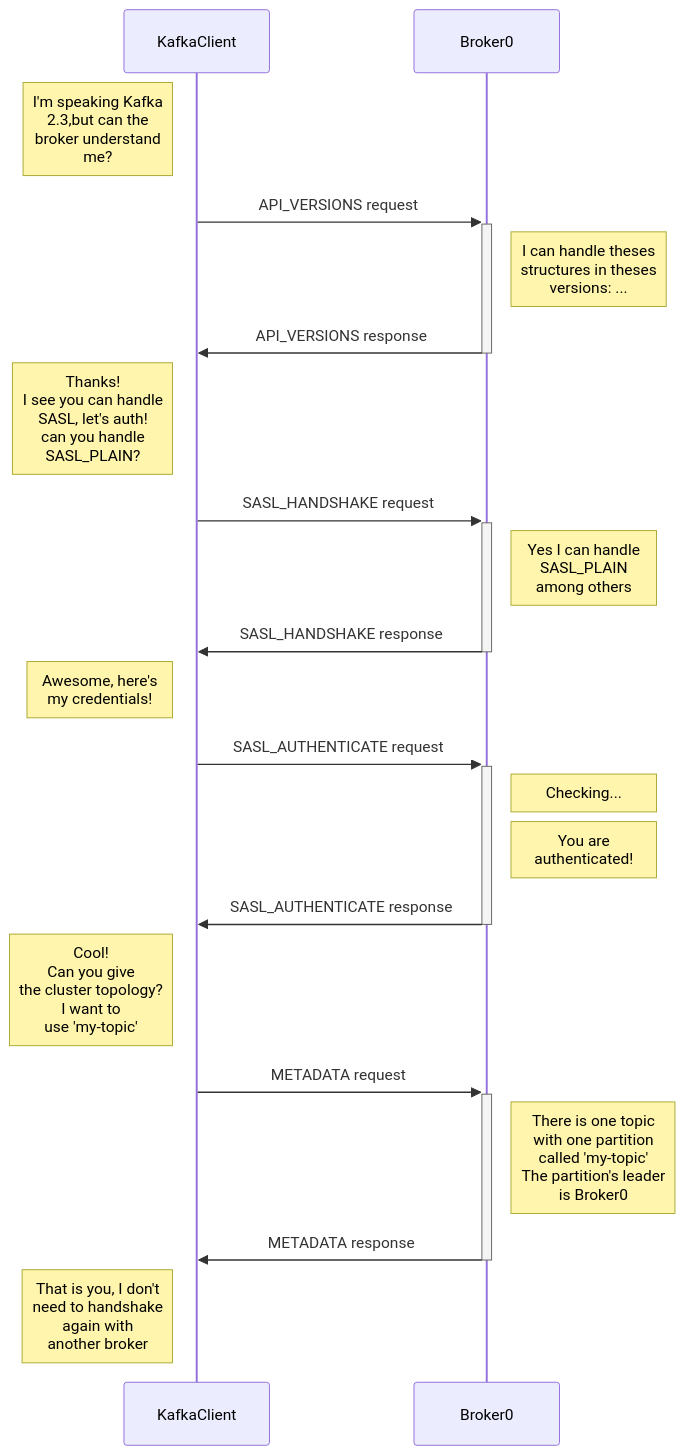
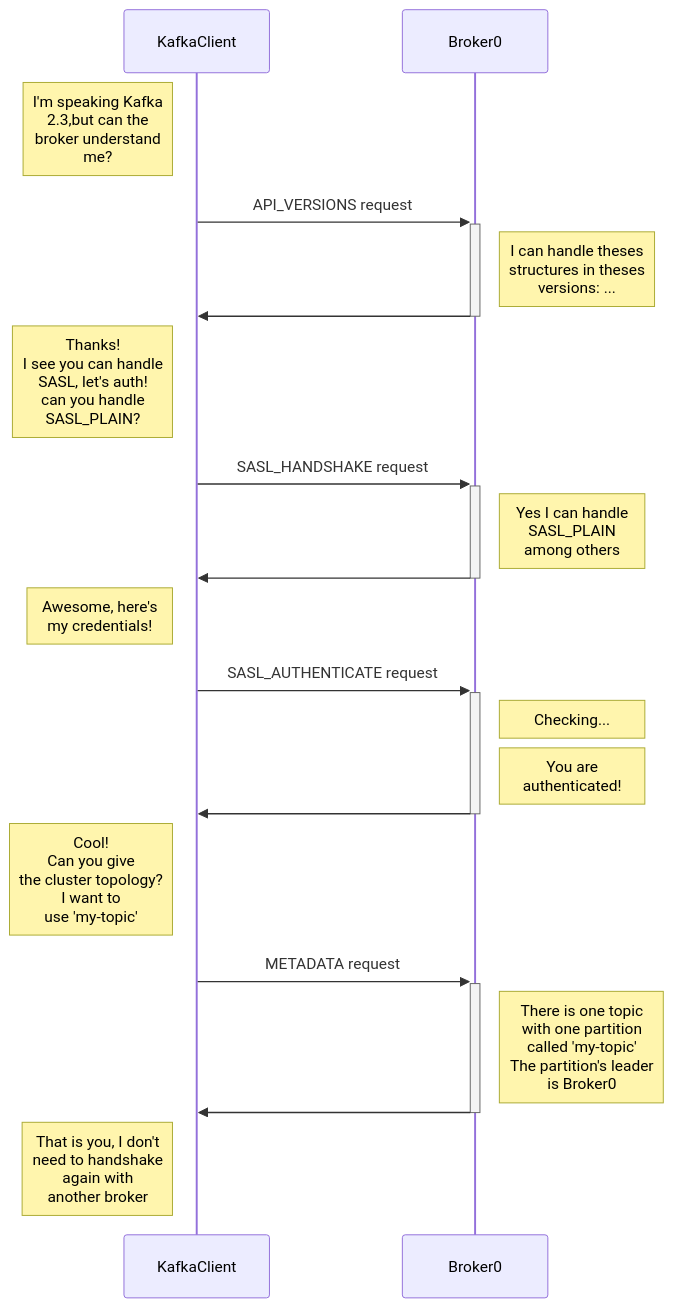
One commit to PierreZ/pierrezemb.fr changed the first of 3 diagrams in content/posts/diving-into-kafka-protocol/index.md. Above: the diagram before and after it, drawn with Mermaid. The commit also changed other lines of this file, not shown here.

Commit message:
publish kafka protocol

```diff
--- a/content/posts/diving-into-kafka-protocol/index.md
+++ b/content/posts/diving-into-kafka-protocol/index.md
@@ -33,32 +36,32 @@
 {{<mermaid>}}
 sequenceDiagram
 
     Note left of KafkaClient: I'm speaking Kafka <br/> 2.3,but can the <br/> broker understand <br/> me?
 
     KafkaClient ->>+ Broker0: API_VERSIONS request
 
     Note right of Broker0: I can handle theses <br/> structures in theses <br/>versions: ...
-    Broker0 ->>- KafkaClient: API_VERSIONS response
+    Broker0 ->>- KafkaClient: 
 
     Note left of KafkaClient: Thanks!<br/> I see you can handle <br/> SASL, let's auth! <br/> can you handle <br/> SASL_PLAIN?
     KafkaClient ->>+ Broker0: SASL_HANDSHAKE request
 
     Note right of Broker0: Yes I can handle <br/> SASL_PLAIN <br/> among others
-    Broker0 ->>- KafkaClient: SASL_HANDSHAKE response
+    Broker0 ->>- KafkaClient: 
 
     Note left of KafkaClient: Awesome, here's <br/> my credentials!
     KafkaClient ->>+ Broker0: SASL_AUTHENTICATE request
 
     Note right of Broker0: Checking...
     Note right of Broker0: You are <br/>authenticated!
-    Broker0 ->>- KafkaClient: SASL_AUTHENTICATE response
+    Broker0 ->>- KafkaClient: 
 
     Note left of KafkaClient: Cool! <br/> Can you give <br/> the cluster topology?<br/> I want to <br/> use 'my-topic'
     KafkaClient ->>+ Broker0: METADATA request
 
     Note right of Broker0: There is one topic <br/> with one partition<br/> called 'my-topic'<br/>The partition's leader <br/> is Broker0
-    Broker0 ->>- KafkaClient: METADATA response
+    Broker0 ->>- KafkaClient: 
 
 Note left of KafkaClient: That is you, I don't <br/> need to handshake <br/> again with <br/> another broker
 
 {{</mermaid>}}
```
